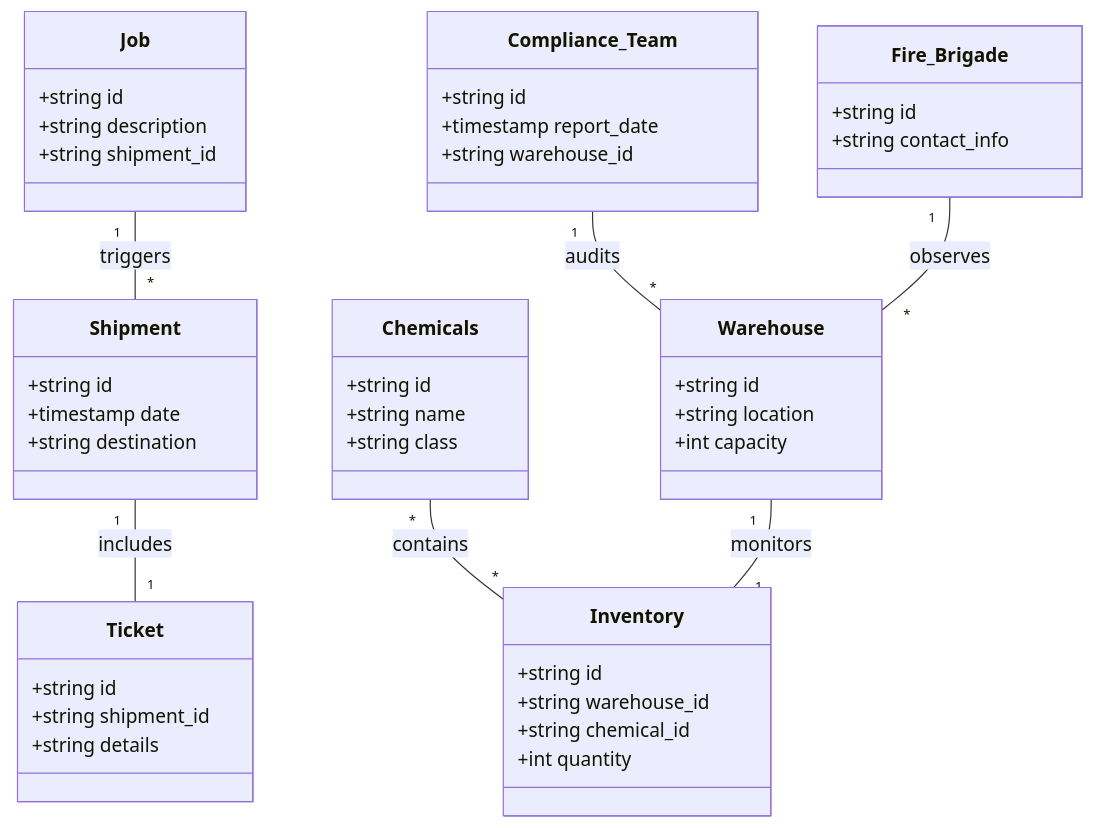
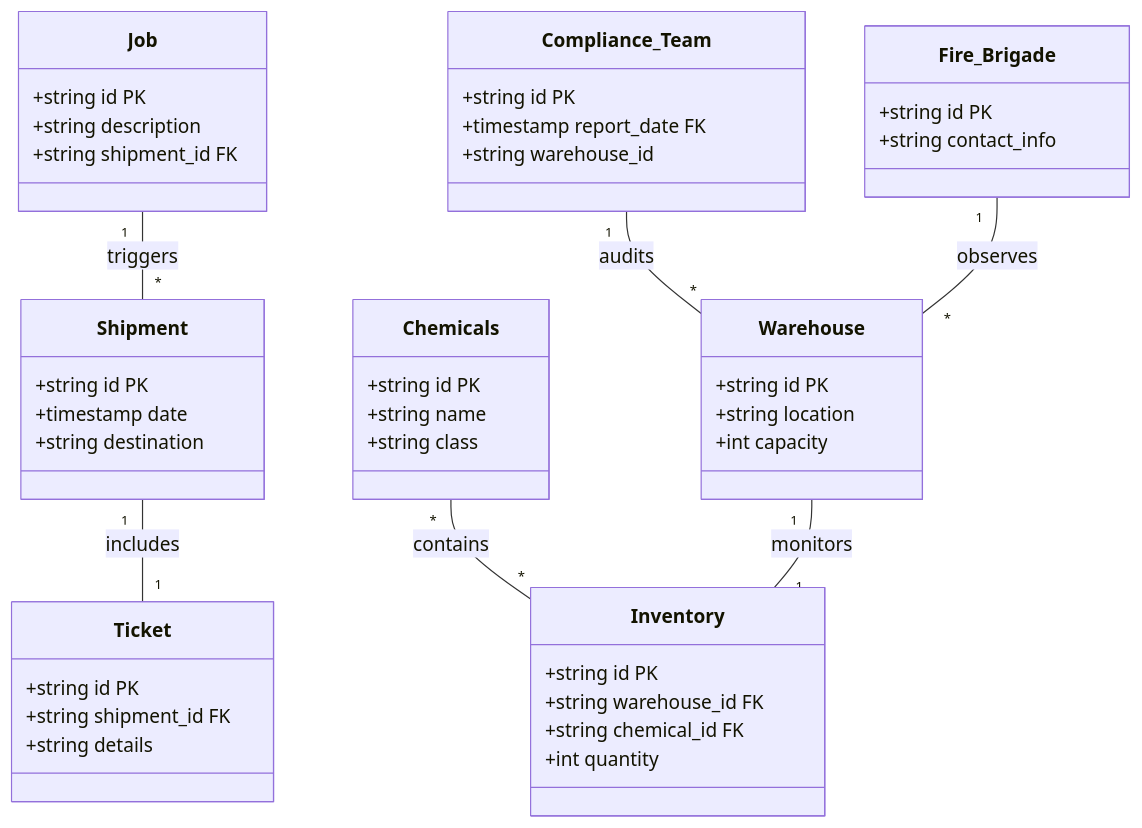
The second of 2 diagrams in README.md (HelenaLykstoft/SP1_UdviklingAfStoreSystemer), drawn with Mermaid before and after one commit.

Commit message:
adds class diagram in mermaid syntax + pks and fks

````diff
--- a/README.md
+++ b/README.md
@@ -68,57 +68,57 @@
 ```mermaid
 classDiagram
     class Chemicals {
-        +string id
+        +string id  PK
         +string name
         +string class
     }
 
     class Warehouse {
-        +string id
+        +string id PK
         +string location
         +int capacity
     }
 
     class Inventory {
-        +string id
-        +string warehouse_id
-        +string chemical_id
+        +string id  PK
+        +string warehouse_id  FK
+        +string chemical_id FK
         +int quantity
     }
 
     class Job {
-        +string id
+        +string id  PK
         +string description
-        +string shipment_id
+        +string shipment_id FK
     }
 
     class Shipment {
-        +string id
+        +string id  PK
         +timestamp date
         +string destination
     }
 
     class Ticket {
-        +string id
-        +string shipment_id
+        +string id  PK
+        +string shipment_id FK
         +string details
     }
 
     class Fire_Brigade {
-        +string id
+        +string id PK
         +string contact_info
     }
 
     class Compliance_Team {
-        +string id
-        +timestamp report_date
+        +string id PK
+        +timestamp report_date FK
         +string warehouse_id
     }
 
     Chemicals "*" -- "*" Inventory : contains
     Warehouse "1" -- "1" Inventory : monitors
     Compliance_Team "1" -- "*" Warehouse : audits
     Job "1" -- "*" Shipment : triggers
     Shipment "1" -- "1" Ticket : includes
     Fire_Brigade "1" -- "*" Warehouse : observes
 ```
````
